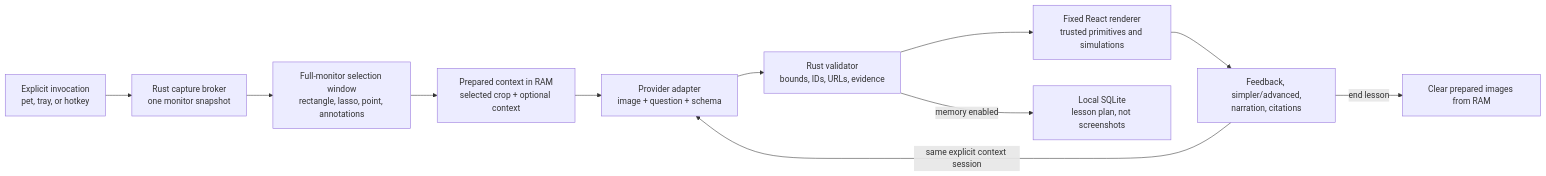
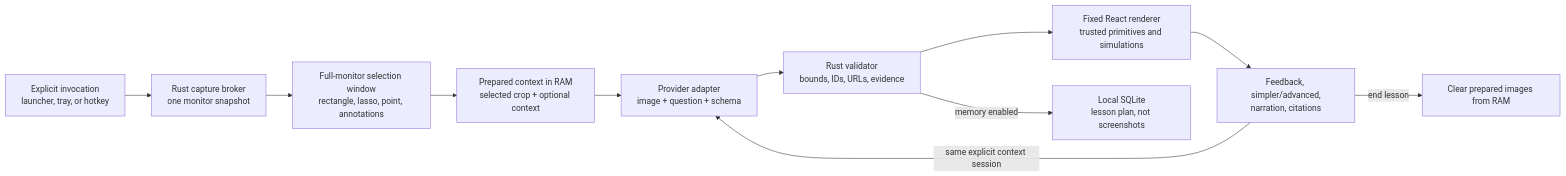
The diagram in docs/ARCHITECTURE.md (meowshmalloww/ShowME), drawn with Mermaid before and after one commit. The commit also changed other lines of this file and 81 other files, not shown here.

````diff
--- a/docs/ARCHITECTURE.md
+++ b/docs/ARCHITECTURE.md
@@ -11,13 +11,13 @@
 ```mermaid
 flowchart LR
-    I["Explicit invocation<br/>pet, tray, or hotkey"] --> C["Rust capture broker<br/>one monitor snapshot"]
+    I["Explicit invocation<br/>launcher, tray, or hotkey"] --> C["Rust capture broker<br/>one monitor snapshot"]
     C --> S["Full-monitor selection window<br/>rectangle, lasso, point, annotations"]
     S --> P["Prepared context in RAM<br/>selected crop + optional context"]
     P --> A["Provider adapter<br/>image + question + schema"]
     A --> V["Rust validator<br/>bounds, IDs, URLs, evidence"]
     V --> R["Fixed React renderer<br/>trusted primitives and simulations"]
     V -->|"memory enabled"| D["Local SQLite<br/>lesson plan, not screenshots"]
     R --> F["Feedback, simpler/advanced,<br/>narration, citations"]
     F -->|"same explicit context session"| A
     F -->|"end lesson"| X["Clear prepared images from RAM"]
 ```
````
